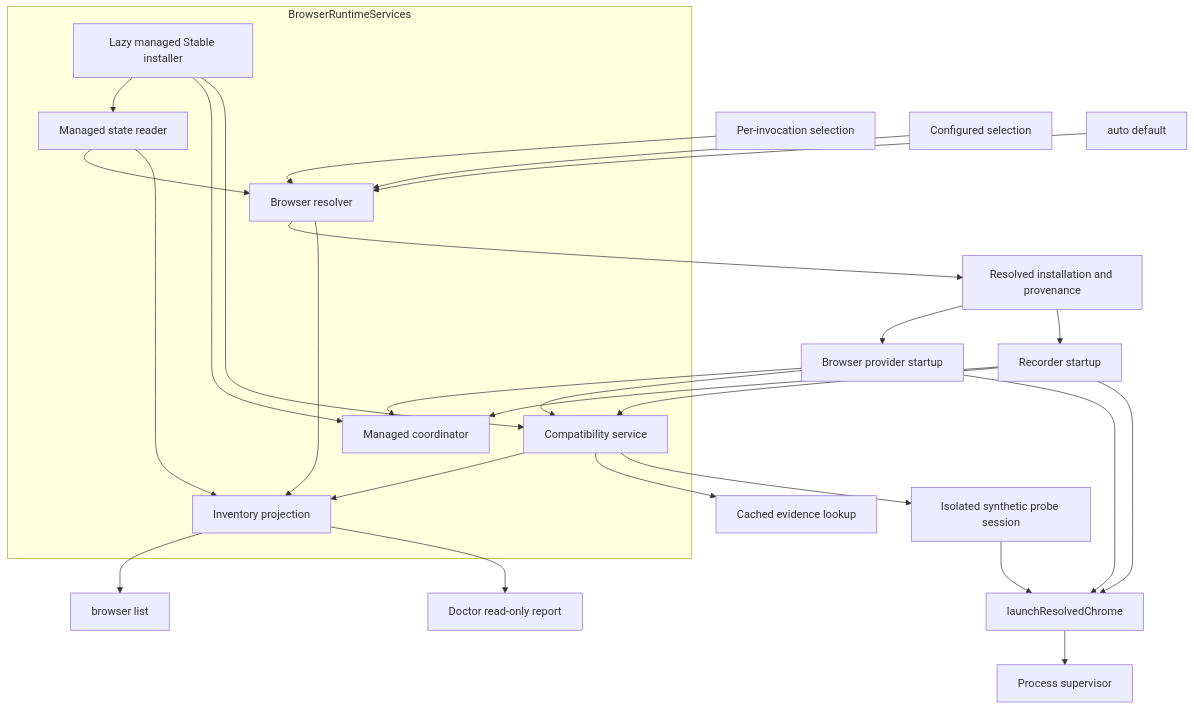
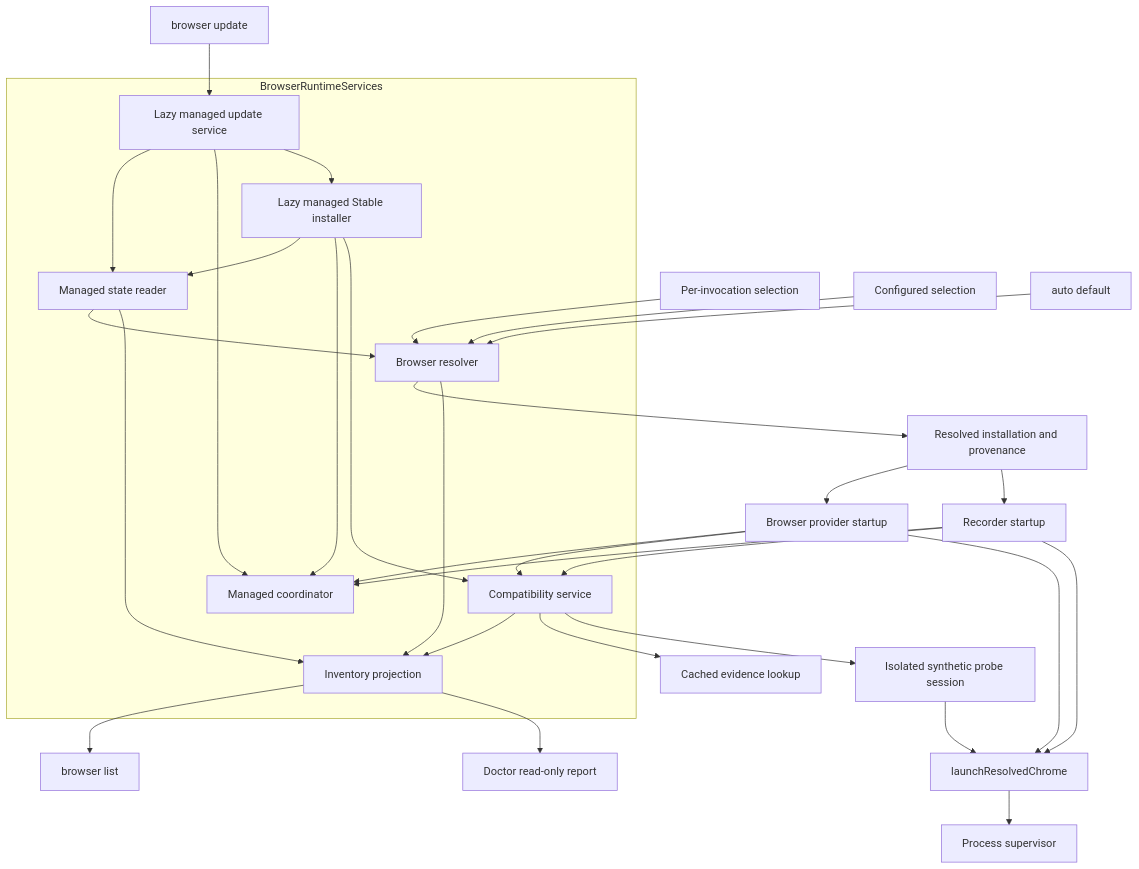
Before and after one commit to abranjith/yantra: the fifth of 19 diagrams in docs/architecture.md, drawn with Mermaid. The commit also changed other lines of this file and 42 other files, not shown here.

````diff
--- a/docs/architecture.md
+++ b/docs/architecture.md
@@ -190,38 +195,43 @@
 ```mermaid
 flowchart TD
   Invocation[Per-invocation selection] --> Resolver
   Configured[Configured selection] --> Resolver
   Default[auto default] --> Resolver
 
   subgraph Services[BrowserRuntimeServices]
     Resolver[Browser resolver]
     Compatibility[Compatibility service]
     Coordinator[Managed coordinator]
     ManagedState[Managed state reader]
     Inventory[Inventory projection]
     Installer[Lazy managed Stable installer]
+    Updater[Lazy managed update service]
   end
 
   ManagedState --> Resolver
   Installer --> ManagedState
   Installer --> Coordinator
   Installer --> Compatibility
+  Updater --> ManagedState
+  Updater --> Coordinator
+  Updater --> Installer
+  Update[browser update] --> Updater
   Resolver --> Installation[Resolved installation and provenance]
   Installation --> Provider[Browser provider startup]
   Installation --> Recorder[Recorder startup]
   Resolver --> Inventory
   ManagedState --> Inventory
   Compatibility --> Inventory
   Inventory --> List[browser list]
   Inventory --> Doctor[Doctor read-only report]
   Provider --> Coordinator
   Recorder --> Coordinator
   Provider --> Compatibility
   Recorder --> Compatibility
   Compatibility --> Evidence[Cached evidence lookup]
   Compatibility --> Probe[Isolated synthetic probe session]
   Provider --> Launch[launchResolvedChrome]
   Recorder --> Launch
   Probe --> Launch
   Launch --> Supervisor[Process supervisor]
 ```
````
